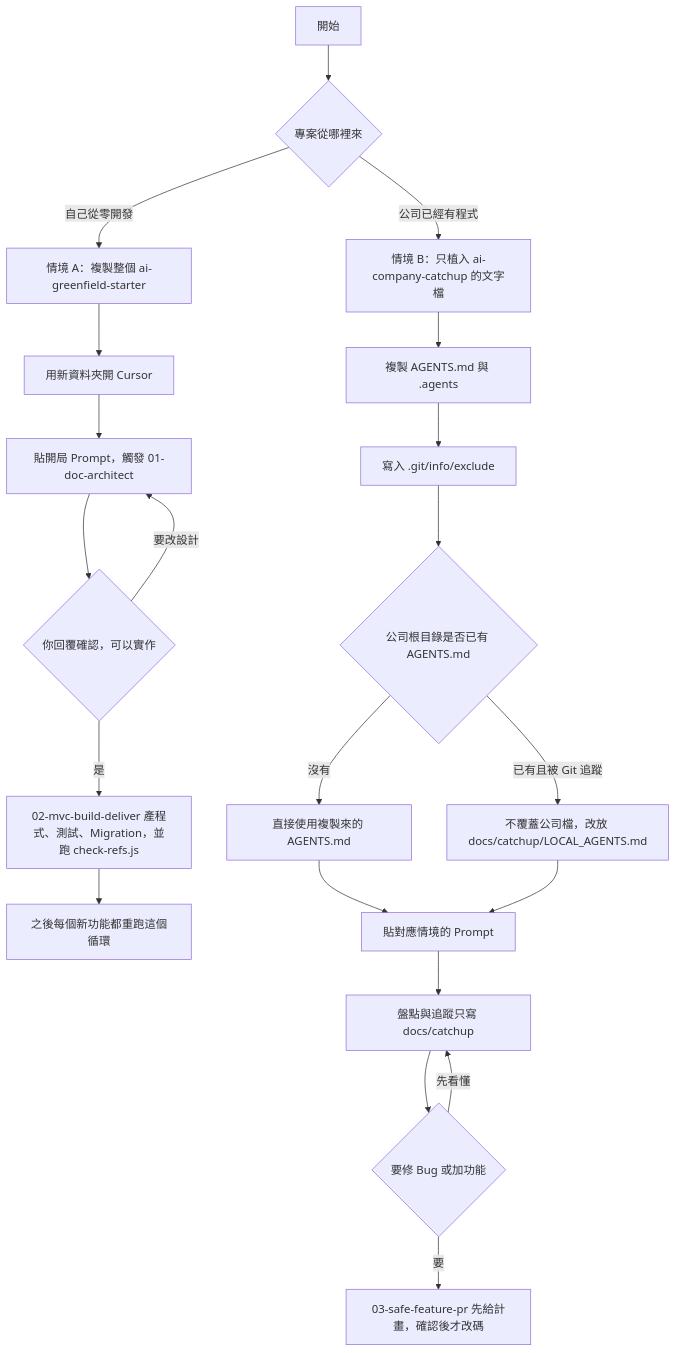
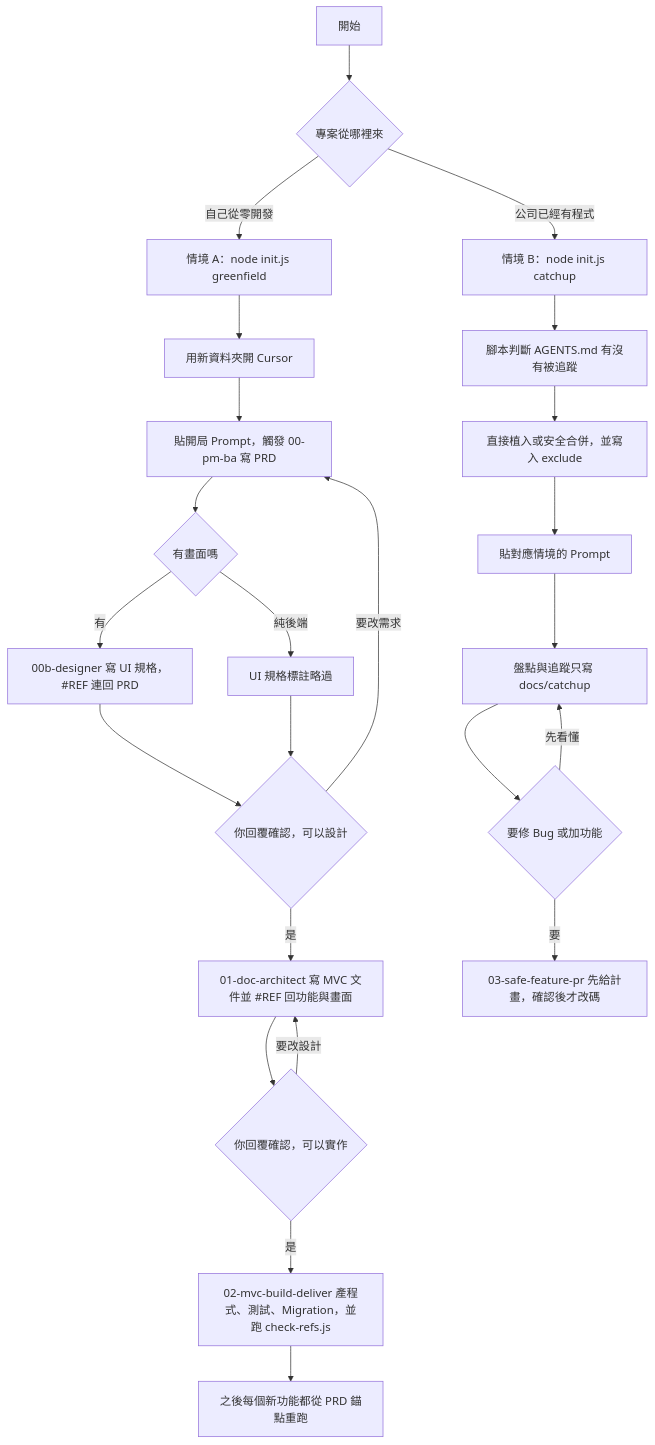
One commit to donlee612/ai-dev-libraries changed the diagram in README.md. Above: the diagram before and after it, drawn with Mermaid. The commit also changed other lines of this file and 18 other files, not shown here.

````diff
--- a/README.md
+++ b/README.md
@@ -14,25 +16,28 @@
 ```mermaid
 flowchart TD
   Start[開始] --> Kind{專案從哪裡來}
-  Kind -->|自己從零開發| A[情境 A：複製整個 ai-greenfield-starter]
-  Kind -->|公司已經有程式| B[情境 B：只植入 ai-company-catchup 的文字檔]
+  Kind -->|自己從零開發| A["情境 A：node init.js greenfield"]
+  Kind -->|公司已經有程式| B["情境 B：node init.js catchup"]
 
   A --> A1[用新資料夾開 Cursor]
-  A1 --> A2[貼開局 Prompt，觸發 01-doc-architect]
-  A2 --> A3{你回覆確認，可以實作}
-  A3 -->|是| A4[02-mvc-build-deliver 產程式、測試、Migration，並跑 check-refs.js]
-  A3 -->|要改設計| A2
-  A4 --> A5[之後每個新功能都重跑這個循環]
+  A1 --> A2[貼開局 Prompt，觸發 00-pm-ba 寫 PRD]
+  A2 --> A2b{有畫面嗎}
+  A2b -->|有| A2c["00b-designer 寫 UI 規格，#REF 連回 PRD"]
+  A2b -->|純後端| A2d[UI 規格標註略過]
+  A2c --> A3{你回覆確認，可以設計}
+  A2d --> A3
+  A3 -->|是| A4["01-doc-architect 寫 MVC 文件並 #REF 回功能與畫面"]
+  A3 -->|要改需求| A2
+  A4 --> A5{你回覆確認，可以實作}
+  A5 -->|是| A6[02-mvc-build-deliver 產程式、測試、Migration，並跑 check-refs.js]
+  A5 -->|要改設計| A4
+  A6 --> A7[之後每個新功能都從 PRD 錨點重跑]
 
-  B --> B1[複製 AGENTS.md 與 .agents]
-  B1 --> B2[寫入 .git/info/exclude]
-  B2 --> B3{公司根目錄是否已有 AGENTS.md}
-  B3 -->|沒有| B4[直接使用複製來的 AGENTS.md]
-  B3 -->|已有且被 Git 追蹤| B5[不覆蓋公司檔，改放 docs/catchup/LOCAL_AGENTS.md]
-  B4 --> B6[貼對應情境的 Prompt]
-  B5 --> B6
-  B6 --> B7[盤點與追蹤只寫 docs/catchup]
-  B7 --> B8{要修 Bug 或加功能}
-  B8 -->|要| B9[03-safe-feature-pr 先給計畫，確認後才改碼]
-  B8 -->|先看懂| B7
+  B --> B1["腳本判斷 AGENTS.md 有沒有被追蹤"]
+  B1 --> B2[直接植入或安全合併，並寫入 exclude]
+  B2 --> B3[貼對應情境的 Prompt]
+  B3 --> B4[盤點與追蹤只寫 docs/catchup]
+  B4 --> B5{要修 Bug 或加功能}
+  B5 -->|要| B6[03-safe-feature-pr 先給計畫，確認後才改碼]
+  B5 -->|先看懂| B4
 ```
````
